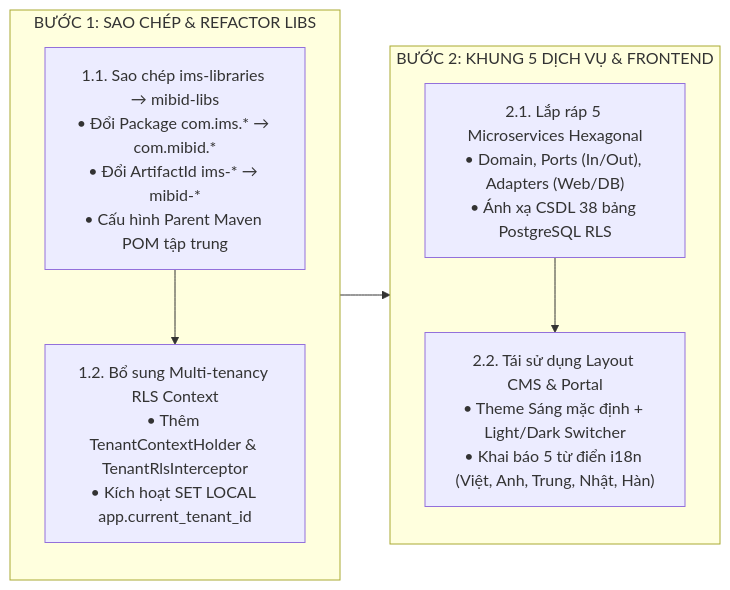
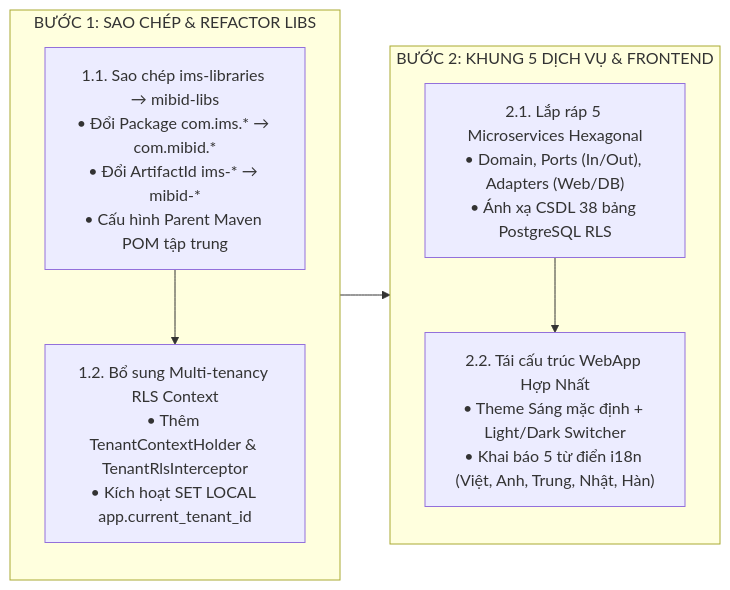
One commit to chapisoft/mibid changed the third of 4 diagrams in plan/dev-plan.md. Above: the diagram before and after it, drawn with Mermaid. The commit also changed other lines of this file and 58 other files, not shown here.

````diff
--- a/plan/dev-plan.md
+++ b/plan/dev-plan.md
@@ -160,18 +159,18 @@
 ```mermaid
 flowchart LR
     subgraph S_STEP1 ["BƯỚC 1: SAO CHÉP & REFACTOR LIBS"]
         direction TB
         P1["1.1. Sao chép ims-libraries → mibid-libs<br/>• Đổi Package com.ims.* → com.mibid.*<br/>• Đổi ArtifactId ims-* → mibid-*<br/>• Cấu hình Parent Maven POM tập trung"]
         P2["1.2. Bổ sung Multi-tenancy RLS Context<br/>• Thêm TenantContextHolder & TenantRlsInterceptor<br/>• Kích hoạt SET LOCAL app.current_tenant_id"]
         P1 --> P2
     end
 
     subgraph S_STEP2 ["BƯỚC 2: KHUNG 5 DỊCH VỤ & FRONTEND"]
         direction TB
         P3["2.1. Lắp ráp 5 Microservices Hexagonal<br/>• Domain, Ports (In/Out), Adapters (Web/DB)<br/>• Ánh xạ CSDL 38 bảng PostgreSQL RLS"]
-        P4["2.2. Tái sử dụng Layout CMS & Portal<br/>• Theme Sáng mặc định + Light/Dark Switcher<br/>• Khai báo 5 từ điển i18n (Việt, Anh, Trung, Nhật, Hàn)"]
+        P4["2.2. Tái cấu trúc WebApp Hợp Nhất<br/>• Theme Sáng mặc định + Light/Dark Switcher<br/>• Khai báo 5 từ điển i18n (Việt, Anh, Trung, Nhật, Hàn)"]
         P3 --> P4
     end
 
     S_STEP1 --> S_STEP2
 ```
````
